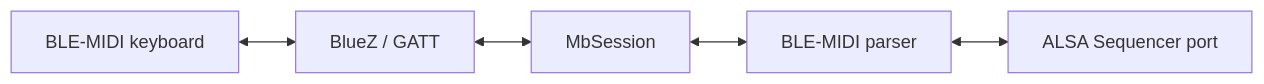
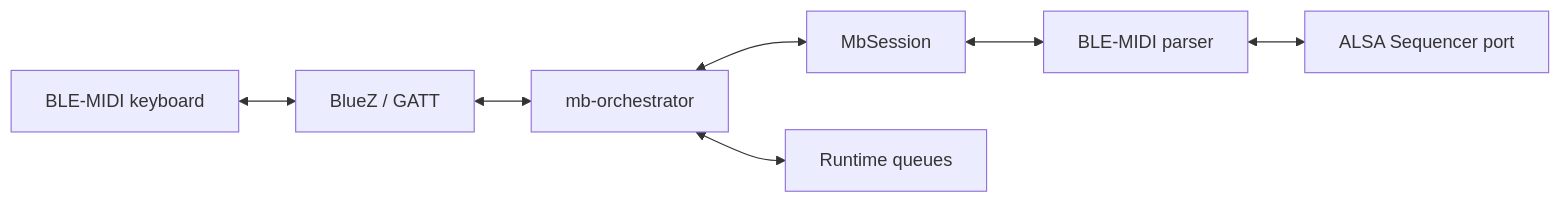
Before and after one commit to mwprado/midi-ble-rt: the first of 3 diagrams in DEVELOPERS.md, drawn with Mermaid. The commit also changed other lines of this file, not shown here.

Commit message:
Update developer docs for orchestrator structure

````diff
--- a/DEVELOPERS.md
+++ b/DEVELOPERS.md
@@ -56,7 +72,9 @@
 ```mermaid
 flowchart LR
     K[BLE-MIDI keyboard] <--> B[BlueZ / GATT]
-    B <--> S[MbSession]
+    B <--> O[mb-orchestrator]
+    O <--> S[MbSession]
     S <--> P[BLE-MIDI parser]
+    O <--> R[Runtime queues]
     P <--> A[ALSA Sequencer port]
 ```
````
